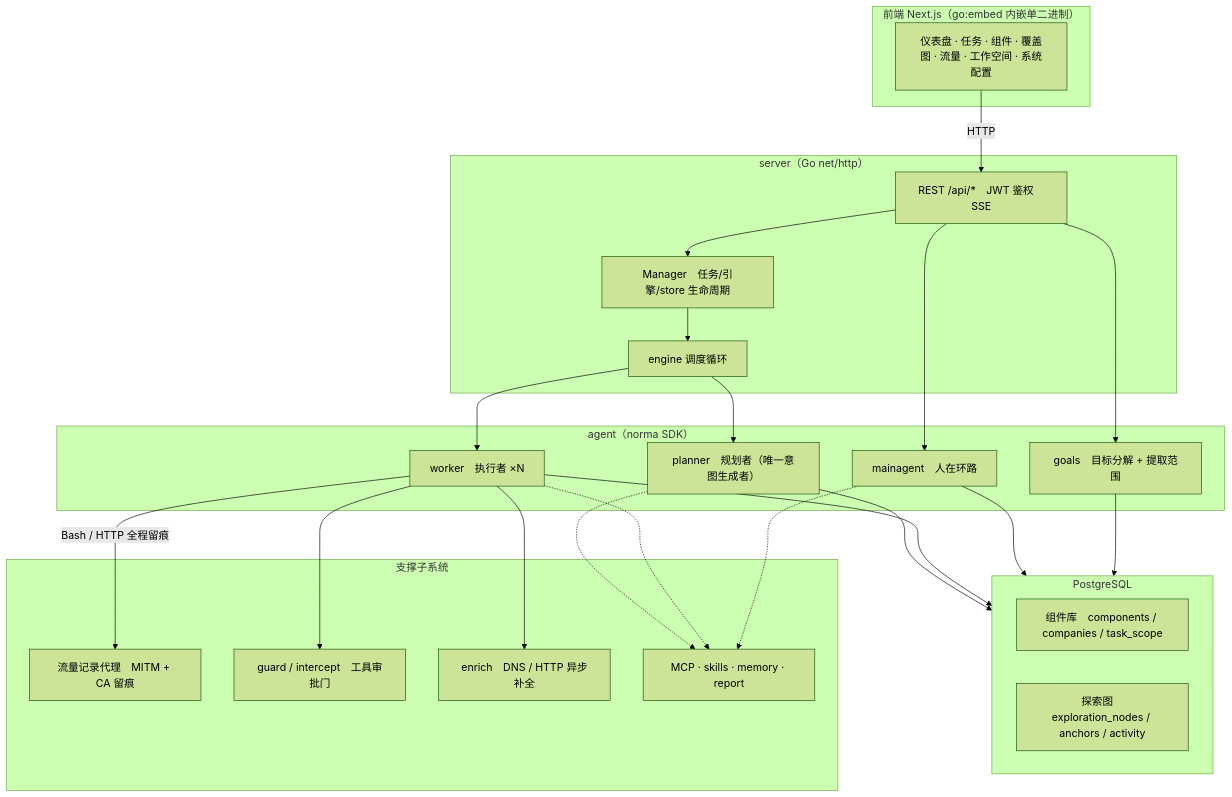
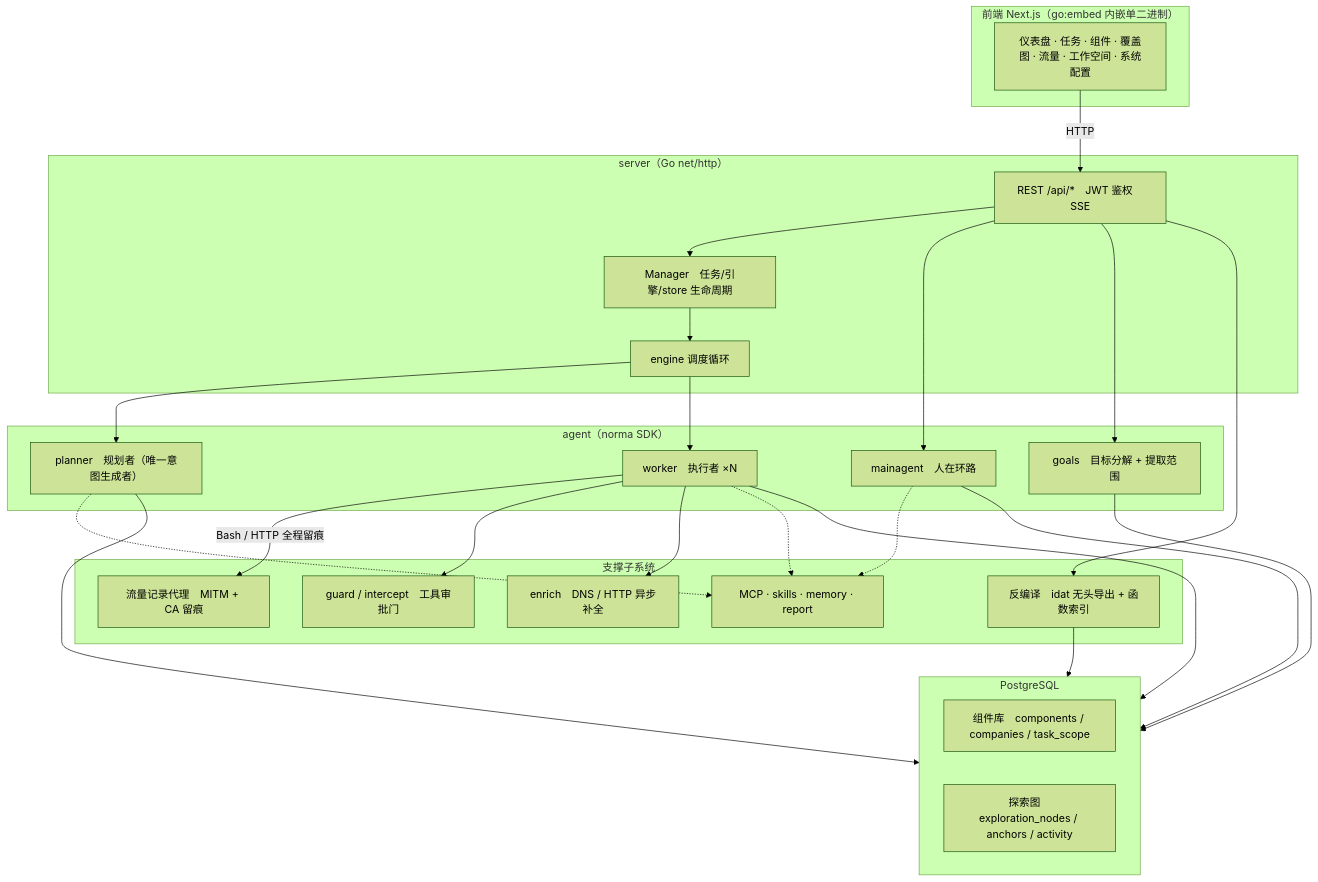
One commit to buobo/ARTEX-IOT changed the first of 5 diagrams in README.md. Above: the diagram before and after it, drawn with Mermaid (forest theme). The commit also changed other lines of this file and 37 other files, not shown here.

````diff
--- a/README.md
+++ b/README.md
@@ -288,44 +299,47 @@
 ```mermaid
 flowchart TB
   subgraph FE["前端 Next.js（go:embed 内嵌单二进制）"]
     UI["仪表盘 · 任务 · 组件 · 覆盖图 · 流量 · 工作空间 · 系统配置"]
   end
   subgraph SRV["server（Go net/http）"]
     API["REST /api/*　JWT 鉴权　SSE"]
     ENG["engine 调度循环"]
     MGR["Manager　任务/引擎/store 生命周期"]
   end
   subgraph AG["agent（norma SDK）"]
     GO["goals　目标分解 + 提取范围"]
     PL["planner　规划者（唯一意图生成者）"]
     WK["worker　执行者 ×N"]
     MA["mainagent　人在环路"]
   end
   subgraph DB["PostgreSQL"]
     AGRAPH["组件库　components / companies / task_scope"]
     EGRAPH["探索图　exploration_nodes / anchors / activity"]
   end
   subgraph SUB["支撑子系统"]
     PROXY["流量记录代理　MITM + CA 留痕"]
     GUARD["guard / intercept　工具审批门"]
     ENR["enrich　DNS / HTTP 异步补全"]
     EXT["MCP · skills · memory · report"]
+    DEC["反编译　idat 无头导出 + 函数索引"]
   end
 
   UI -->|HTTP| API
   API --> MGR --> ENG
   ENG --> PL
   ENG --> WK
   API --> MA
   API --> GO
   PL --> DB
   WK --> DB
   MA --> DB
   GO --> DB
   WK -->|"Bash / HTTP 全程留痕"| PROXY
   WK --> GUARD
   WK --> ENR
   PL -.-> EXT
   WK -.-> EXT
   MA -.-> EXT
+  API --> DEC
+  DEC --> DB
 ```
````
